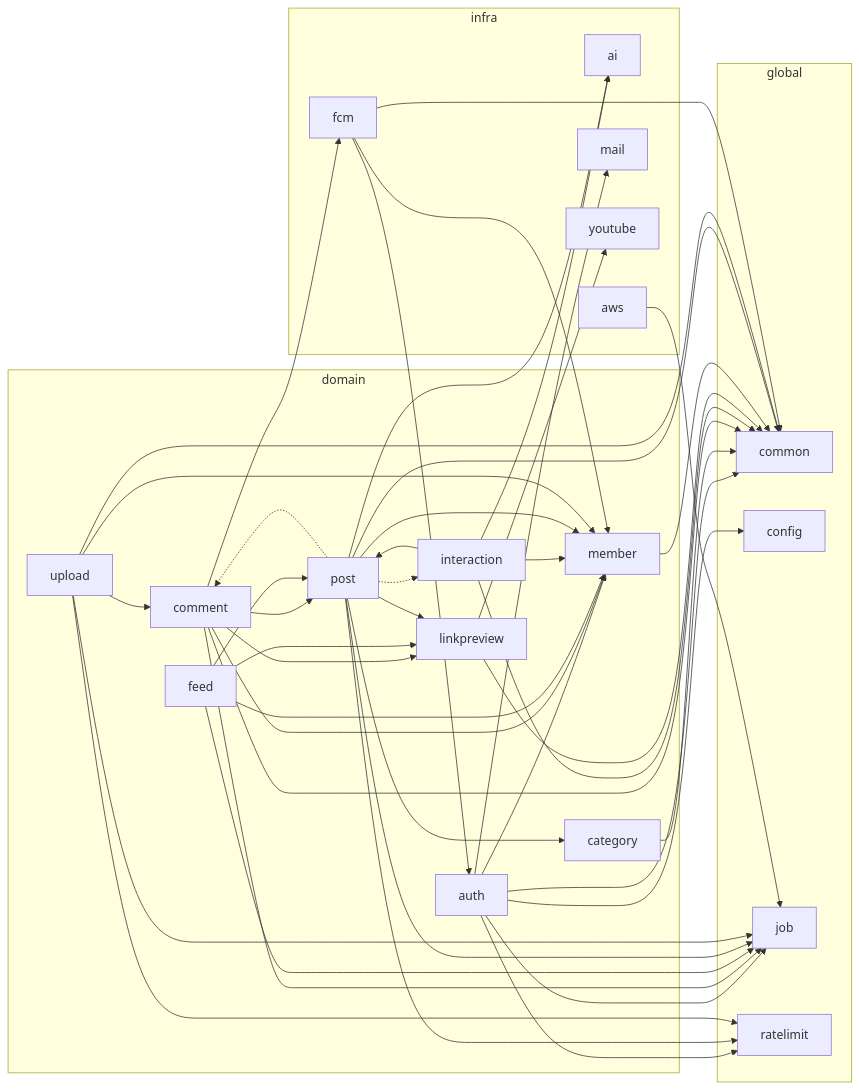
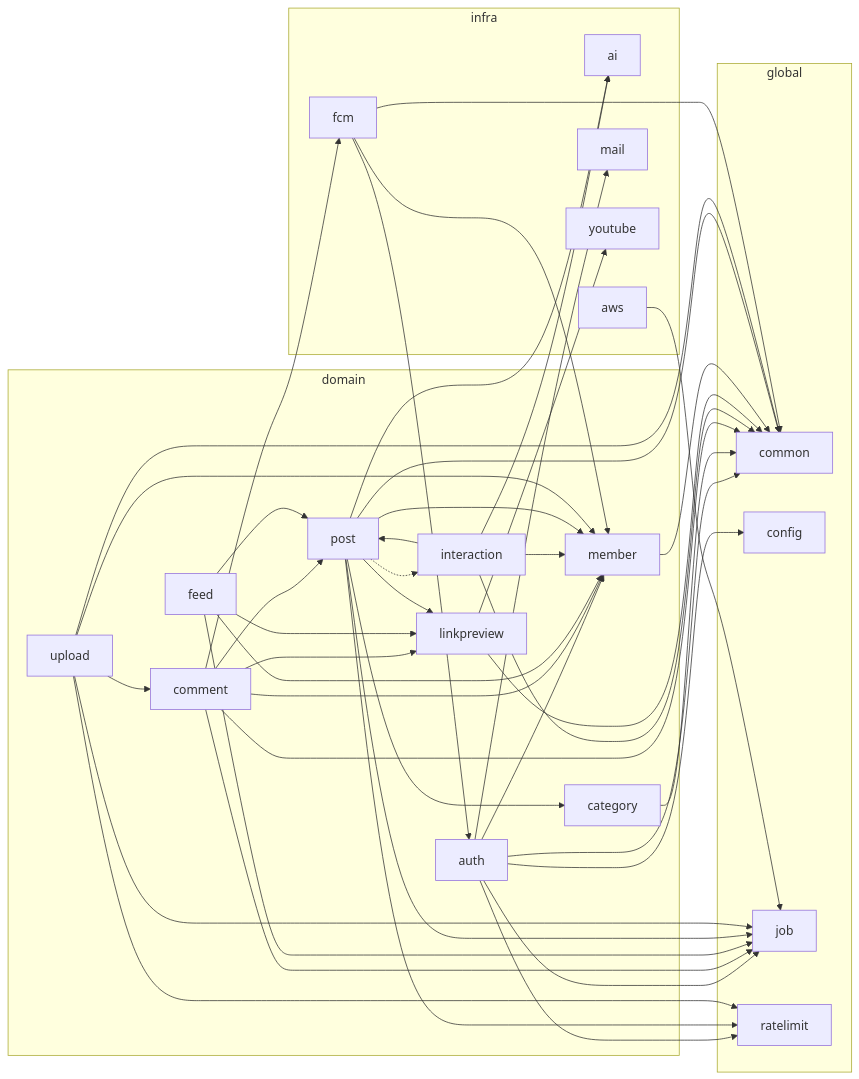
The second of 4 diagrams in docs/BE-ARCHITECTURE.md (BAECHAN/link-sphere_BE_NEW), drawn with Mermaid before and after one commit. The commit also changed other lines of this file and 44 other files, not shown here.

````diff
--- a/docs/BE-ARCHITECTURE.md
+++ b/docs/BE-ARCHITECTURE.md
@@ -91,69 +91,68 @@
 ```mermaid
 flowchart LR
   subgraph domain
     domain_auth["auth"]
     domain_category["category"]
     domain_comment["comment"]
     domain_feed["feed"]
     domain_interaction["interaction"]
     domain_linkpreview["linkpreview"]
     domain_member["member"]
     domain_post["post"]
     domain_upload["upload"]
   end
   subgraph global
     global_common["common"]
     global_config["config"]
     global_job["job"]
     global_ratelimit["ratelimit"]
   end
   subgraph infra
     infra_ai["ai"]
     infra_aws["aws"]
     infra_fcm["fcm"]
     infra_mail["mail"]
     infra_youtube["youtube"]
   end
   domain_auth --> domain_member
   domain_auth --> global_common
   domain_auth --> global_config
   domain_auth --> global_job
   domain_auth --> global_ratelimit
   domain_auth --> infra_mail
   domain_category --> global_common
   domain_comment --> domain_linkpreview
   domain_comment --> domain_member
   domain_comment --> domain_post
   domain_comment --> global_common
   domain_comment --> global_job
   domain_comment --> infra_fcm
   domain_feed --> domain_linkpreview
   domain_feed --> domain_member
   domain_feed --> domain_post
   domain_feed --> global_job
   domain_interaction --> domain_member
   domain_interaction --> domain_post
   domain_interaction --> global_common
   domain_interaction --> infra_ai
   domain_linkpreview --> global_common
   domain_linkpreview --> infra_youtube
   domain_member --> global_common
   domain_post --> domain_category
-  domain_post -.-> domain_comment
   domain_post -.-> domain_interaction
   domain_post --> domain_linkpreview
   domain_post --> domain_member
   domain_post --> global_common
   domain_post --> global_job
   domain_post --> global_ratelimit
   domain_post --> infra_ai
   domain_upload --> domain_comment
   domain_upload --> domain_member
   domain_upload --> global_common
   domain_upload --> global_job
   domain_upload --> global_ratelimit
   infra_aws --> global_job
   infra_fcm --> domain_auth
   infra_fcm --> domain_member
   infra_fcm --> global_common
 ```
````
